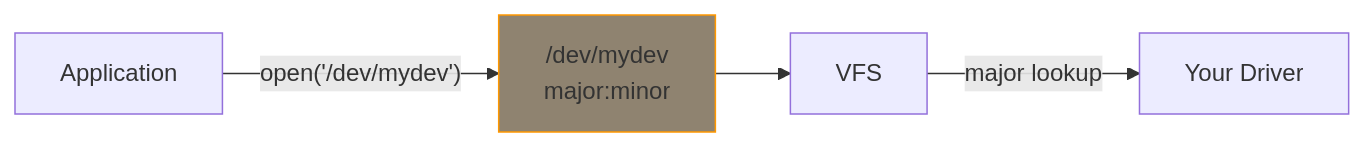
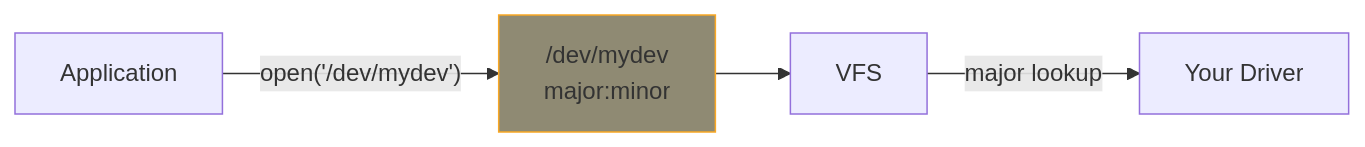
The diagram in part3/01-char-device-concepts.md (MichaelTien8901/linux-driver-guide-tutorial), drawn with Mermaid before and after one commit. The commit also changed 36 other files, not shown here.

Commit message:
Fix mermaid diagram colors to use consistent paper-like theme

````diff
--- a/part3/01-char-device-concepts.md
+++ b/part3/01-char-device-concepts.md
@@ -123,8 +123,8 @@
 ```mermaid
 flowchart LR
     App["Application"] -->|"open('/dev/mydev')"| DevNode["/dev/mydev<br/>major:minor"]
     DevNode --> VFS["VFS"]
     VFS -->|"major lookup"| Driver["Your Driver"]
 
-    style DevNode fill:#8f8370,stroke:#ff9800
+    style DevNode fill:#8f8a73,stroke:#f9a825
 ```
````
